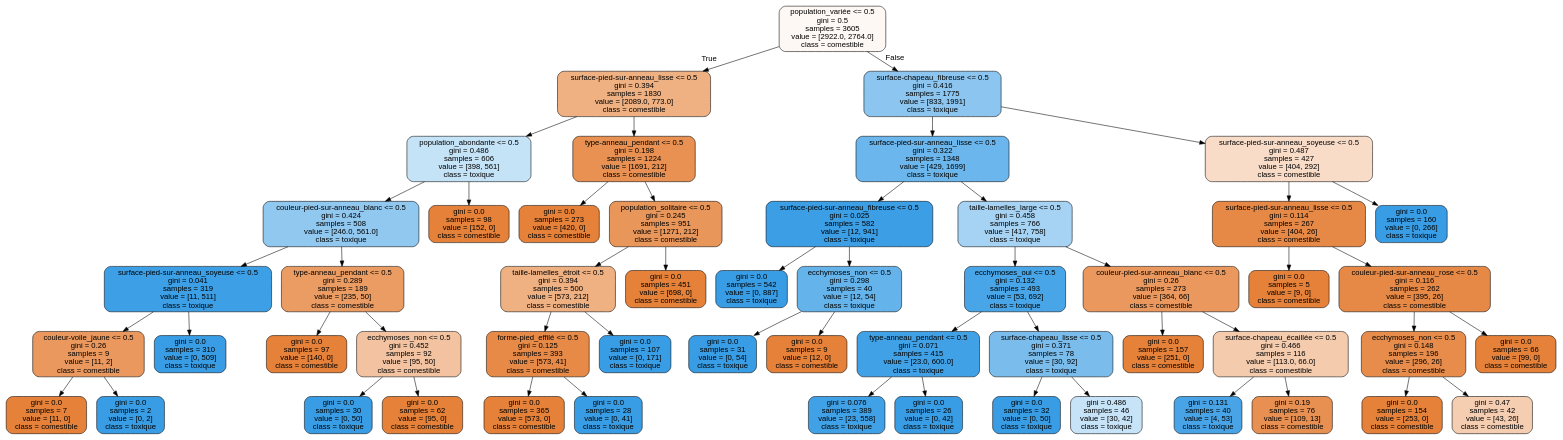
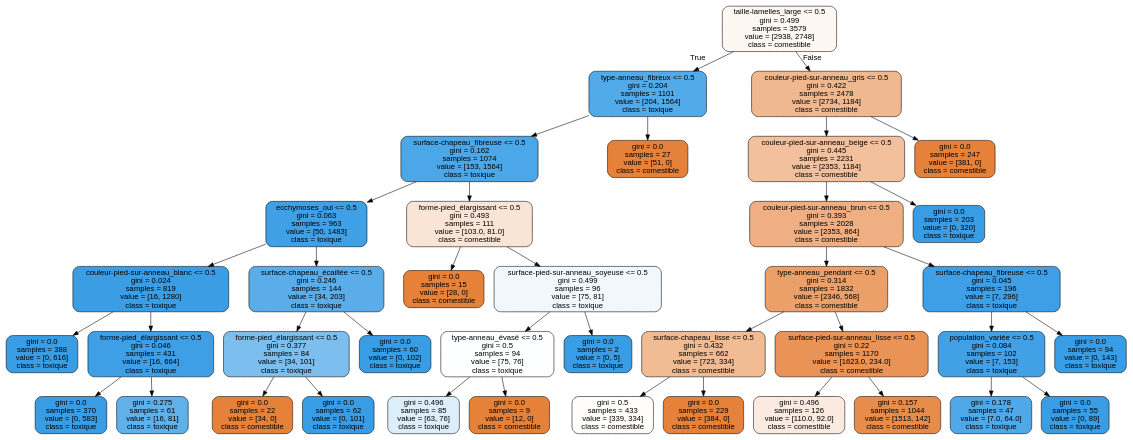
The diagram in TP/mushroom_tree_3.dot (Laurent-Pa/DataScience-MachineLearning), drawn with Graphviz before and after one commit. The commit also changed 6 other files, not shown here.

```diff
--- a/TP/mushroom_tree_3.dot
+++ b/TP/mushroom_tree_3.dot
@@ -1,109 +1,81 @@
 digraph Tree {
 node [shape=box, style="filled, rounded", color="black", fontname="helvetica"] ;
 edge [fontname="helvetica"] ;
-0 [label="population_variée <= 0.5\ngini = 0.5\nsamples = 3605\nvalue = [2922.0, 2764.0]\nclass = comestible", fillcolor="#fef8f4"] ;
-1 [label="surface-pied-sur-anneau_lisse <= 0.5\ngini = 0.394\nsamples = 1830\nvalue = [2089.0, 773.0]\nclass = comestible", fillcolor="#efb082"] ;
+0 [label="taille-lamelles_large <= 0.5\ngini = 0.499\nsamples = 3579\nvalue = [2938, 2748]\nclass = comestible", fillcolor="#fdf7f2"] ;
+1 [label="type-anneau_fibreux <= 0.5\ngini = 0.204\nsamples = 1101\nvalue = [204, 1564]\nclass = toxique", fillcolor="#53aae8"] ;
 0 -> 1 [labeldistance=2.5, labelangle=45, headlabel="True"] ;
-2 [label="population_abondante <= 0.5\ngini = 0.486\nsamples = 606\nvalue = [398, 561]\nclass = toxique", fillcolor="#c5e3f7"] ;
+2 [label="surface-chapeau_fibreuse <= 0.5\ngini = 0.162\nsamples = 1074\nvalue = [153, 1564]\nclass = toxique", fillcolor="#4ca7e8"] ;
 1 -> 2 ;
-3 [label="couleur-pied-sur-anneau_blanc <= 0.5\ngini = 0.424\nsamples = 508\nvalue = [246.0, 561.0]\nclass = toxique", fillcolor="#90c8f0"] ;
+3 [label="ecchymoses_oui <= 0.5\ngini = 0.063\nsamples = 963\nvalue = [50, 1483]\nclass = toxique", fillcolor="#40a0e6"] ;
 2 -> 3 ;
-4 [label="surface-pied-sur-anneau_soyeuse <= 0.5\ngini = 0.041\nsamples = 319\nvalue = [11, 511]\nclass = toxique", fillcolor="#3d9fe6"] ;
+4 [label="couleur-pied-sur-anneau_blanc <= 0.5\ngini = 0.024\nsamples = 819\nvalue = [16, 1280]\nclass = toxique", fillcolor="#3b9ee5"] ;
 3 -> 4 ;
-5 [label="couleur-voile_jaune <= 0.5\ngini = 0.26\nsamples = 9\nvalue = [11, 2]\nclass = comestible", fillcolor="#ea985d"] ;
+5 [label="gini = 0.0\nsamples = 388\nvalue = [0, 616]\nclass = toxique", fillcolor="#399de5"] ;
 4 -> 5 ;
-6 [label="gini = 0.0\nsamples = 7\nvalue = [11, 0]\nclass = comestible", fillcolor="#e58139"] ;
-5 -> 6 ;
-7 [label="gini = 0.0\nsamples = 2\nvalue = [0, 2]\nclass = toxique", fillcolor="#399de5"] ;
-5 -> 7 ;
-8 [label="gini = 0.0\nsamples = 310\nvalue = [0, 509]\nclass = toxique", fillcolor="#399de5"] ;
-4 -> 8 ;
-9 [label="type-anneau_pendant <= 0.5\ngini = 0.289\nsamples = 189\nvalue = [235, 50]\nclass = comestible", fillcolor="#eb9c63"] ;
+6 [label="forme-pied_élargissant <= 0.5\ngini = 0.046\nsamples = 431\nvalue = [16, 664]\nclass = toxique", fillcolor="#3e9fe6"] ;
+4 -> 6 ;
+7 [label="gini = 0.0\nsamples = 370\nvalue = [0, 583]\nclass = toxique", fillcolor="#399de5"] ;
+6 -> 7 ;
+8 [label="gini = 0.275\nsamples = 61\nvalue = [16, 81]\nclass = toxique", fillcolor="#60b0ea"] ;
+6 -> 8 ;
+9 [label="surface-chapeau_écaillée <= 0.5\ngini = 0.246\nsamples = 144\nvalue = [34, 203]\nclass = toxique", fillcolor="#5aade9"] ;
 3 -> 9 ;
-10 [label="gini = 0.0\nsamples = 97\nvalue = [140, 0]\nclass = comestible", fillcolor="#e58139"] ;
+10 [label="forme-pied_élargissant <= 0.5\ngini = 0.377\nsamples = 84\nvalue = [34, 101]\nclass = toxique", fillcolor="#7cbeee"] ;
 9 -> 10 ;
-11 [label="ecchymoses_non <= 0.5\ngini = 0.452\nsamples = 92\nvalue = [95, 50]\nclass = comestible", fillcolor="#f3c3a1"] ;
-9 -> 11 ;
-12 [label="gini = 0.0\nsamples = 30\nvalue = [0, 50]\nclass = toxique", fillcolor="#399de5"] ;
-11 -> 12 ;
-13 [label="gini = 0.0\nsamples = 62\nvalue = [95, 0]\nclass = comestible", fillcolor="#e58139"] ;
-11 -> 13 ;
-14 [label="gini = 0.0\nsamples = 98\nvalue = [152, 0]\nclass = comestible", fillcolor="#e58139"] ;
+11 [label="gini = 0.0\nsamples = 22\nvalue = [34, 0]\nclass = comestible", fillcolor="#e58139"] ;
+10 -> 11 ;
+12 [label="gini = 0.0\nsamples = 62\nvalue = [0, 101]\nclass = toxique", fillcolor="#399de5"] ;
+10 -> 12 ;
+13 [label="gini = 0.0\nsamples = 60\nvalue = [0, 102]\nclass = toxique", fillcolor="#399de5"] ;
+9 -> 13 ;
+14 [label="forme-pied_élargissant <= 0.5\ngini = 0.493\nsamples = 111\nvalue = [103.0, 81.0]\nclass = comestible", fillcolor="#f9e4d5"] ;
 2 -> 14 ;
-15 [label="type-anneau_pendant <= 0.5\ngini = 0.198\nsamples = 1224\nvalue = [1691, 212]\nclass = comestible", fillcolor="#e89152"] ;
-1 -> 15 ;
-16 [label="gini = 0.0\nsamples = 273\nvalue = [420, 0]\nclass = comestible", fillcolor="#e58139"] ;
-15 -> 16 ;
-17 [label="population_solitaire <= 0.5\ngini = 0.245\nsamples = 951\nvalue = [1271, 212]\nclass = comestible", fillcolor="#e9965a"] ;
-15 -> 17 ;
-18 [label="taille-lamelles_étroit <= 0.5\ngini = 0.394\nsamples = 500\nvalue = [573, 212]\nclass = comestible", fillcolor="#efb082"] ;
+15 [label="gini = 0.0\nsamples = 15\nvalue = [28, 0]\nclass = comestible", fillcolor="#e58139"] ;
+14 -> 15 ;
+16 [label="surface-pied-sur-anneau_soyeuse <= 0.5\ngini = 0.499\nsamples = 96\nvalue = [75, 81]\nclass = toxique", fillcolor="#f0f8fd"] ;
+14 -> 16 ;
+17 [label="type-anneau_évasé <= 0.5\ngini = 0.5\nsamples = 94\nvalue = [75, 76]\nclass = toxique", fillcolor="#fcfeff"] ;
+16 -> 17 ;
+18 [label="gini = 0.496\nsamples = 85\nvalue = [63, 76]\nclass = toxique", fillcolor="#ddeefb"] ;
 17 -> 18 ;
-19 [label="forme-pied_effilé <= 0.5\ngini = 0.125\nsamples = 393\nvalue = [573, 41]\nclass = comestible", fillcolor="#e78a47"] ;
-18 -> 19 ;
-20 [label="gini = 0.0\nsamples = 365\nvalue = [573, 0]\nclass = comestible", fillcolor="#e58139"] ;
-19 -> 20 ;
-21 [label="gini = 0.0\nsamples = 28\nvalue = [0, 41]\nclass = toxique", fillcolor="#399de5"] ;
-19 -> 21 ;
-22 [label="gini = 0.0\nsamples = 107\nvalue = [0, 171]\nclass = toxique", fillcolor="#399de5"] ;
-18 -> 22 ;
-23 [label="gini = 0.0\nsamples = 451\nvalue = [698, 0]\nclass = comestible", fillcolor="#e58139"] ;
-17 -> 23 ;
-24 [label="surface-chapeau_fibreuse <= 0.5\ngini = 0.416\nsamples = 1775\nvalue = [833, 1991]\nclass = toxique", fillcolor="#8cc6f0"] ;
-0 -> 24 [labeldistance=2.5, labelangle=-45, headlabel="False"] ;
-25 [label="surface-pied-sur-anneau_lisse <= 0.5\ngini = 0.322\nsamples = 1348\nvalue = [429, 1699]\nclass = toxique", fillcolor="#6bb6ec"] ;
+19 [label="gini = 0.0\nsamples = 9\nvalue = [12, 0]\nclass = comestible", fillcolor="#e58139"] ;
+17 -> 19 ;
+20 [label="gini = 0.0\nsamples = 2\nvalue = [0, 5]\nclass = toxique", fillcolor="#399de5"] ;
+16 -> 20 ;
+21 [label="gini = 0.0\nsamples = 27\nvalue = [51, 0]\nclass = comestible", fillcolor="#e58139"] ;
+1 -> 21 ;
+22 [label="couleur-pied-sur-anneau_gris <= 0.5\ngini = 0.422\nsamples = 2478\nvalue = [2734, 1184]\nclass = comestible", fillcolor="#f0b88f"] ;
+0 -> 22 [labeldistance=2.5, labelangle=-45, headlabel="False"] ;
+23 [label="couleur-pied-sur-anneau_beige <= 0.5\ngini = 0.445\nsamples = 2231\nvalue = [2353, 1184]\nclass = comestible", fillcolor="#f2c09d"] ;
+22 -> 23 ;
+24 [label="couleur-pied-sur-anneau_brun <= 0.5\ngini = 0.393\nsamples = 2028\nvalue = [2353, 864]\nclass = comestible", fillcolor="#efaf82"] ;
+23 -> 24 ;
+25 [label="type-anneau_pendant <= 0.5\ngini = 0.314\nsamples = 1832\nvalue = [2346, 568]\nclass = comestible", fillcolor="#eba069"] ;
 24 -> 25 ;
-26 [label="surface-pied-sur-anneau_fibreuse <= 0.5\ngini = 0.025\nsamples = 582\nvalue = [12, 941]\nclass = toxique", fillcolor="#3c9ee5"] ;
+26 [label="surface-chapeau_lisse <= 0.5\ngini = 0.432\nsamples = 662\nvalue = [723, 334]\nclass = comestible", fillcolor="#f1bb94"] ;
 25 -> 26 ;
-27 [label="gini = 0.0\nsamples = 542\nvalue = [0, 887]\nclass = toxique", fillcolor="#399de5"] ;
+27 [label="gini = 0.5\nsamples = 433\nvalue = [339, 334]\nclass = comestible", fillcolor="#fffdfc"] ;
 26 -> 27 ;
-28 [label="ecchymoses_non <= 0.5\ngini = 0.298\nsamples = 40\nvalue = [12, 54]\nclass = toxique", fillcolor="#65b3eb"] ;
+28 [label="gini = 0.0\nsamples = 229\nvalue = [384, 0]\nclass = comestible", fillcolor="#e58139"] ;
 26 -> 28 ;
-29 [label="gini = 0.0\nsamples = 31\nvalue = [0, 54]\nclass = toxique", fillcolor="#399de5"] ;
-28 -> 29 ;
-30 [label="gini = 0.0\nsamples = 9\nvalue = [12, 0]\nclass = comestible", fillcolor="#e58139"] ;
-28 -> 30 ;
-31 [label="taille-lamelles_large <= 0.5\ngini = 0.458\nsamples = 766\nvalue = [417, 758]\nclass = toxique", fillcolor="#a6d3f3"] ;
-25 -> 31 ;
-32 [label="ecchymoses_oui <= 0.5\ngini = 0.132\nsamples = 493\nvalue = [53, 692]\nclass = toxique", fillcolor="#48a5e7"] ;
-31 -> 32 ;
-33 [label="type-anneau_pendant <= 0.5\ngini = 0.071\nsamples = 415\nvalue = [23.0, 600.0]\nclass = toxique", fillcolor="#41a1e6"] ;
+29 [label="surface-pied-sur-anneau_lisse <= 0.5\ngini = 0.22\nsamples = 1170\nvalue = [1623.0, 234.0]\nclass = comestible", fillcolor="#e99356"] ;
+25 -> 29 ;
+30 [label="gini = 0.496\nsamples = 126\nvalue = [110.0, 92.0]\nclass = comestible", fillcolor="#fbeadf"] ;
+29 -> 30 ;
+31 [label="gini = 0.157\nsamples = 1044\nvalue = [1513, 142]\nclass = comestible", fillcolor="#e78d4c"] ;
+29 -> 31 ;
+32 [label="surface-chapeau_fibreuse <= 0.5\ngini = 0.045\nsamples = 196\nvalue = [7, 296]\nclass = toxique", fillcolor="#3e9fe6"] ;
+24 -> 32 ;
+33 [label="population_variée <= 0.5\ngini = 0.084\nsamples = 102\nvalue = [7, 153]\nclass = toxique", fillcolor="#42a1e6"] ;
 32 -> 33 ;
-34 [label="gini = 0.076\nsamples = 389\nvalue = [23, 558]\nclass = toxique", fillcolor="#41a1e6"] ;
+34 [label="gini = 0.178\nsamples = 47\nvalue = [7.0, 64.0]\nclass = toxique", fillcolor="#4fa8e8"] ;
 33 -> 34 ;
-35 [label="gini = 0.0\nsamples = 26\nvalue = [0, 42]\nclass = toxique", fillcolor="#399de5"] ;
+35 [label="gini = 0.0\nsamples = 55\nvalue = [0, 89]\nclass = toxique", fillcolor="#399de5"] ;
 33 -> 35 ;
-36 [label="surface-chapeau_lisse <= 0.5\ngini = 0.371\nsamples = 78\nvalue = [30, 92]\nclass = toxique", fillcolor="#7abded"] ;
+36 [label="gini = 0.0\nsamples = 94\nvalue = [0, 143]\nclass = toxique", fillcolor="#399de5"] ;
 32 -> 36 ;
-37 [label="gini = 0.0\nsamples = 32\nvalue = [0, 50]\nclass = toxique", fillcolor="#399de5"] ;
-36 -> 37 ;
-38 [label="gini = 0.486\nsamples = 46\nvalue = [30, 42]\nclass = toxique", fillcolor="#c6e3f8"] ;
-36 -> 38 ;
-39 [label="couleur-pied-sur-anneau_blanc <= 0.5\ngini = 0.26\nsamples = 273\nvalue = [364, 66]\nclass = comestible", fillcolor="#ea985d"] ;
-31 -> 39 ;
-40 [label="gini = 0.0\nsamples = 157\nvalue = [251, 0]\nclass = comestible", fillcolor="#e58139"] ;
-39 -> 40 ;
-41 [label="surface-chapeau_écaillée <= 0.5\ngini = 0.466\nsamples = 116\nvalue = [113.0, 66.0]\nclass = comestible", fillcolor="#f4cbad"] ;
-39 -> 41 ;
-42 [label="gini = 0.131\nsamples = 40\nvalue = [4, 53]\nclass = toxique", fillcolor="#48a4e7"] ;
-41 -> 42 ;
-43 [label="gini = 0.19\nsamples = 76\nvalue = [109, 13]\nclass = comestible", fillcolor="#e89051"] ;
-41 -> 43 ;
-44 [label="surface-pied-sur-anneau_soyeuse <= 0.5\ngini = 0.487\nsamples = 427\nvalue = [404, 292]\nclass = comestible", fillcolor="#f8dcc8"] ;
-24 -> 44 ;
-45 [label="surface-pied-sur-anneau_lisse <= 0.5\ngini = 0.114\nsamples = 267\nvalue = [404, 26]\nclass = comestible", fillcolor="#e78946"] ;
-44 -> 45 ;
-46 [label="gini = 0.0\nsamples = 5\nvalue = [9, 0]\nclass = comestible", fillcolor="#e58139"] ;
-45 -> 46 ;
-47 [label="couleur-pied-sur-anneau_rose <= 0.5\ngini = 0.116\nsamples = 262\nvalue = [395, 26]\nclass = comestible", fillcolor="#e78946"] ;
-45 -> 47 ;
-48 [label="ecchymoses_non <= 0.5\ngini = 0.148\nsamples = 196\nvalue = [296, 26]\nclass = comestible", fillcolor="#e78c4a"] ;
-47 -> 48 ;
-49 [label="gini = 0.0\nsamples = 154\nvalue = [253, 0]\nclass = comestible", fillcolor="#e58139"] ;
-48 -> 49 ;
-50 [label="gini = 0.47\nsamples = 42\nvalue = [43, 26]\nclass = comestible", fillcolor="#f5cdb1"] ;
-48 -> 50 ;
-51 [label="gini = 0.0\nsamples = 66\nvalue = [99, 0]\nclass = comestible", fillcolor="#e58139"] ;
-47 -> 51 ;
-52 [label="gini = 0.0\nsamples = 160\nvalue = [0, 266]\nclass = toxique", fillcolor="#399de5"] ;
-44 -> 52 ;
+37 [label="gini = 0.0\nsamples = 203\nvalue = [0, 320]\nclass = toxique", fillcolor="#399de5"] ;
+23 -> 37 ;
+38 [label="gini = 0.0\nsamples = 247\nvalue = [381, 0]\nclass = comestible", fillcolor="#e58139"] ;
+22 -> 38 ;
 }
```
